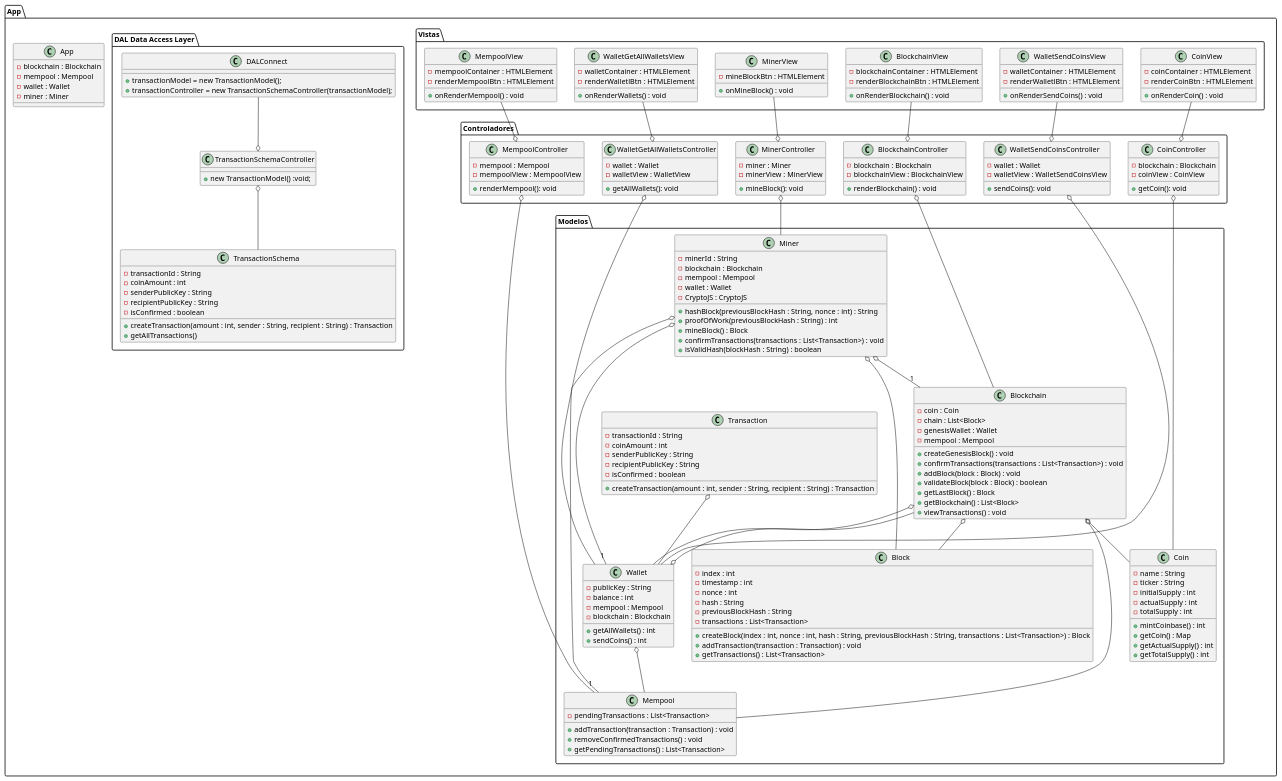
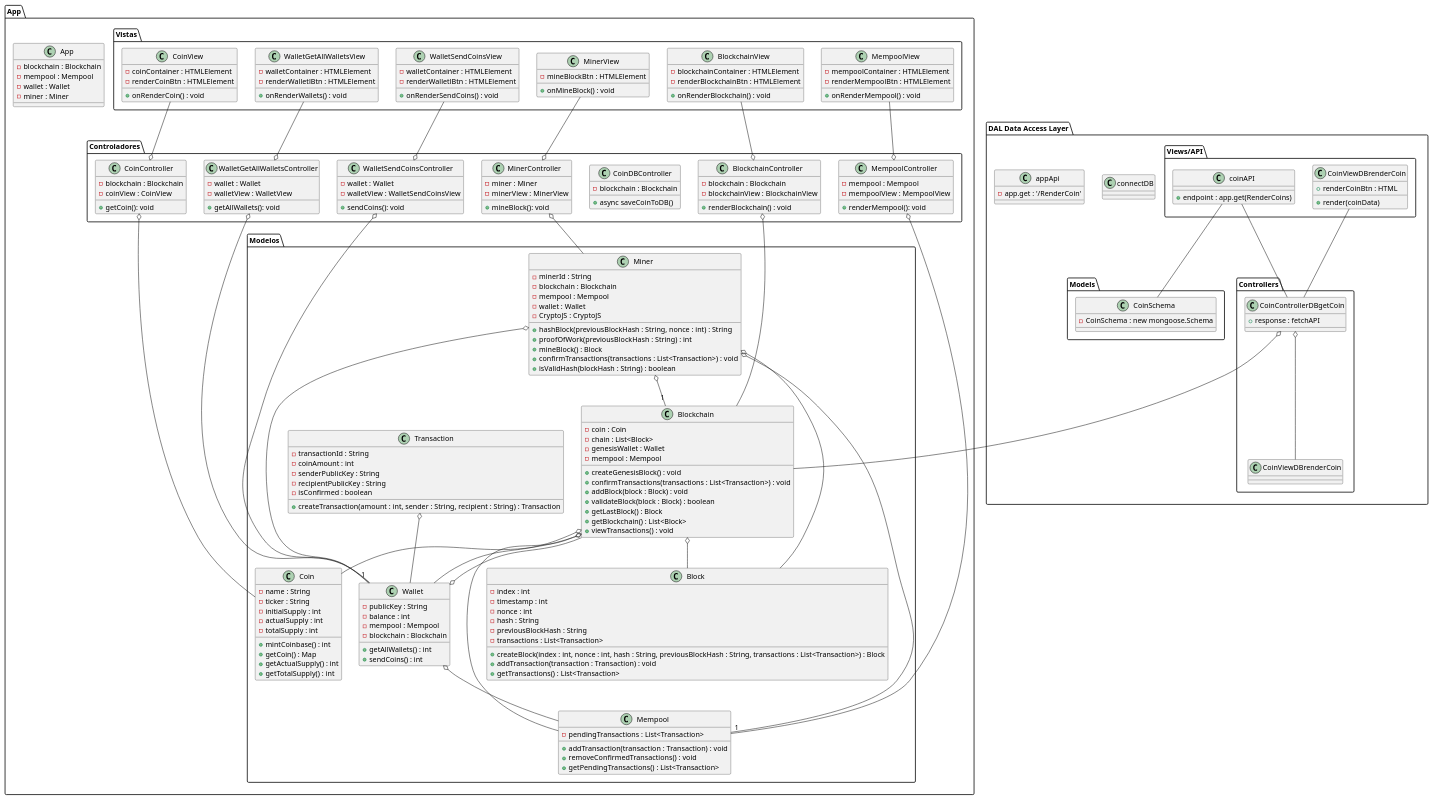
Before and after one commit to valleria-web/blockchain: the diagram in DEV8/public/blockchain7.plantUML, drawn with PlantUML. The commit also changed 12 other files, not shown here.

Commit message:
with fetch coin from DB functionality

```diff
--- a/DEV8/public/blockchain7.plantUML
+++ b/DEV8/public/blockchain7.plantUML
@@ -7,7 +7,6 @@
     -mempool : Mempool
     -wallet : Wallet
     -miner : Miner
-
   }
 
   package "Modelos" {
@@ -115,6 +114,11 @@
     CoinController o-- Coin
 
 
+    class CoinDBController{
+      -blockchain : Blockchain
+      +async saveCoinToDB()
+    }
+
     class MinerController{
       -miner : Miner
       -minerView : MinerView
@@ -189,30 +193,49 @@
     WalletSendCoinsView --o WalletSendCoinsController
   }
 
+  }
+
   package "DAL Data Access Layer" {
-    class TransactionSchema {
-      -transactionId : String
-      -coinAmount : int
-      -senderPublicKey : String
-      -recipientPublicKey : String
-      -isConfirmed : boolean
-      +createTransaction(amount : int, sender : String, recipient : String) : Transaction
-      +getAllTransactions()
+
+    class connectDB{}
+
+    package "Models" {
+      class CoinSchema{
+        -CoinSchema : new mongoose.Schema
+      }
     }
 
-    class TransactionSchemaController{
-      +new TransactionModel() :void;
+    package "Controllers" {
+      class CoinControllerDBgetCoin{
+        + response : fetchAPI
+      }
+      CoinControllerDBgetCoin o--CoinViewDBrenderCoin
+      CoinControllerDBgetCoin o-- Blockchain
     }
-    TransactionSchemaController o-- TransactionSchema
-
-    class DALConnect{
-      +transactionModel = new TransactionModel();
-      +transactionController = new TransactionSchemaController(transactionModel);
-    }
-    DALConnect --o TransactionSchemaController
-  }
 
 
+    package "Views/API" {
+      class coinAPI{
+        + endpoint : app.get(RenderCoins)
+      }
+      coinAPI -- CoinSchema
+      coinAPI --  CoinControllerDBgetCoin
+
+
+      class CoinViewDBrenderCoin{
+        + renderCoinBtn : HTML
+        +render(coinData)
+      }
+      CoinViewDBrenderCoin -- CoinControllerDBgetCoin
+
+    }
+
+    class appApi {
+      -app.get : '/RenderCoin'
+    }
+
+
+  
 }
 
 @enduml
```
